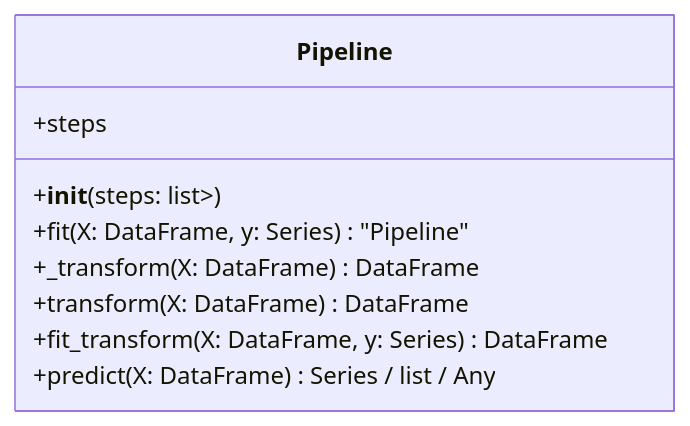
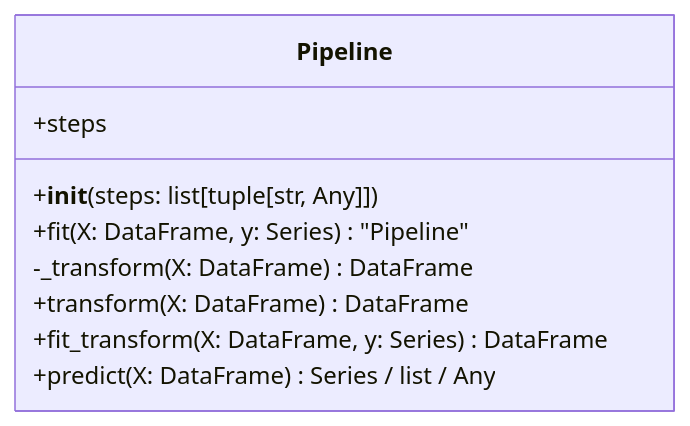
One commit to SmollCoco/GlassBox changed the diagram in packages/glassbox-pipeline/docs/UML_Class_Diagram.md. Above: the diagram before and after it, drawn with Mermaid. The commit also changed 5 other files, not shown here.

Commit message:
correcting UML diagrams of eda and numpandas

````diff
--- a/packages/glassbox-pipeline/docs/UML_Class_Diagram.md
+++ b/packages/glassbox-pipeline/docs/UML_Class_Diagram.md
@@ -3,12 +3,12 @@
 ```mermaid
 classDiagram
     class Pipeline {
         +steps
-        +__init__(steps: list<tuple<str, Any>>)
+        +__init__(steps: list[tuple[str, Any]])
         +fit(X: DataFrame, y: Series)  "Pipeline"
-        +_transform(X: DataFrame)  DataFrame
+        -_transform(X: DataFrame)  DataFrame
         +transform(X: DataFrame)  DataFrame
         +fit_transform(X: DataFrame, y: Series)  DataFrame
         +predict(X: DataFrame)  Series / list / Any
     }
 ```
````
